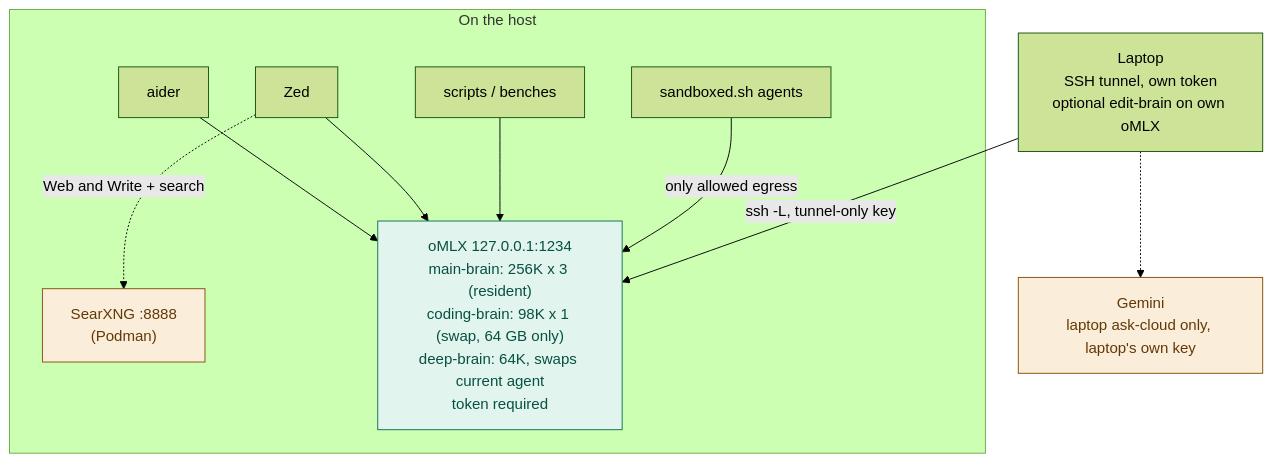
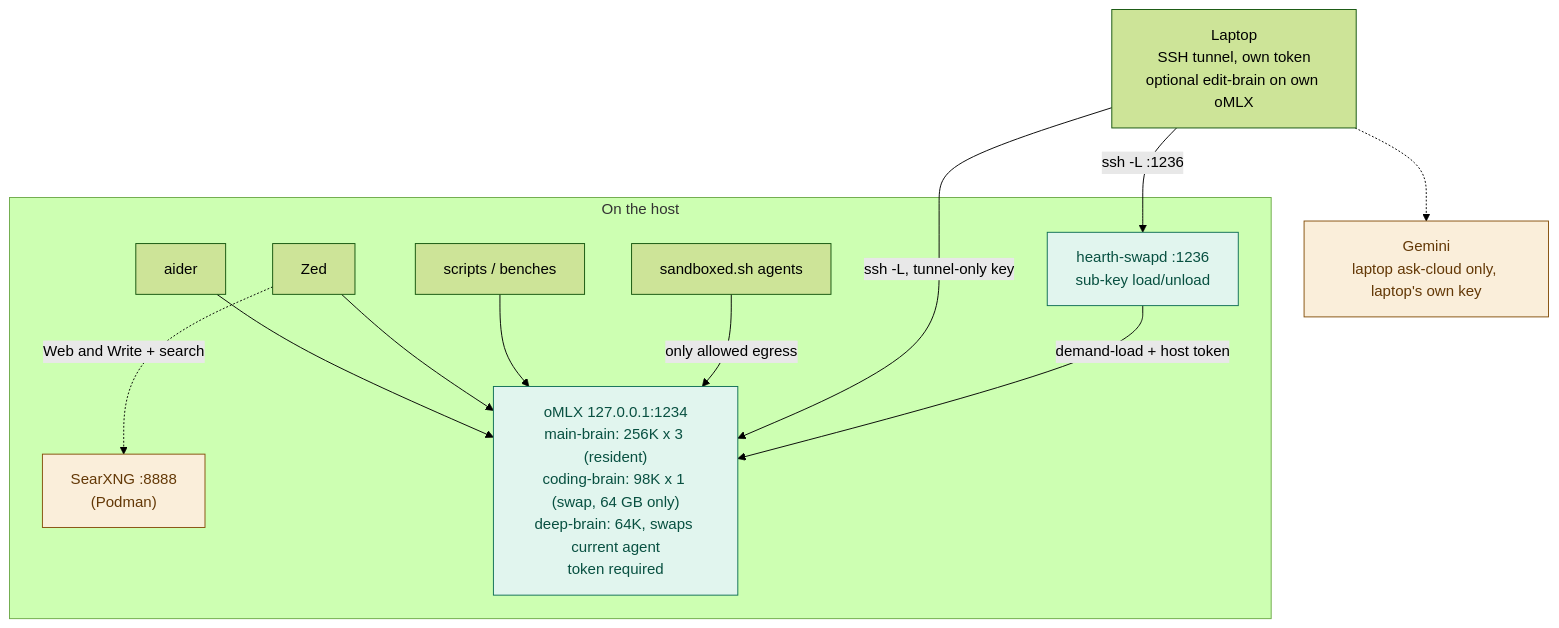
Before and after one commit to ouster/hearth: the first of 2 diagrams in docs/ARCHITECTURE.md, drawn with Mermaid (forest theme). The commit also changed other lines of this file and 16 other files, not shown here.

First line of the commit message:
Add hearth-swapd so laptops can swap roles over the tunnel (ADR 0049).

````diff
--- a/docs/ARCHITECTURE.md
+++ b/docs/ARCHITECTURE.md
@@ -10,27 +10,30 @@
 ```mermaid
 flowchart TB
     subgraph onHost["On the host"]
         aider["aider"]
         zed["Zed"]
         scripts["scripts / benches"]
         searx["SearXNG :8888<br/>(Podman)"]
         sbx["sandboxed.sh agents"]
         srv["oMLX 127.0.0.1:1234<br/>main-brain: 256K x 3 (resident)<br/>coding-brain: 98K x 1 (swap, 64 GB only)<br/>deep-brain: 64K, swaps current agent<br/>token required"]
+        swapd["hearth-swapd :1236<br/>sub-key load/unload"]
     end
 
     laptop["Laptop<br/>SSH tunnel, own token<br/>optional edit-brain on own oMLX"]
     cloud["Gemini<br/>laptop ask-cloud only, laptop's own key"]
 
     aider --> srv
     zed --> srv
     scripts --> srv
     zed -.->|"Web and Write + search"| searx
     sbx -->|"only allowed egress"| srv
     laptop -->|"ssh -L, tunnel-only key"| srv
+    laptop -->|"ssh -L :1236"| swapd
+    swapd -->|"demand-load + host token"| srv
     laptop -.-> cloud
 
     classDef localCls fill:#E1F5EE,stroke:#0F6E56,color:#085041
     classDef leaveCls fill:#FAEEDA,stroke:#854F0B,color:#633806
-    class srv localCls
+    class srv,swapd localCls
     class cloud,searx leaveCls
 ```
````
